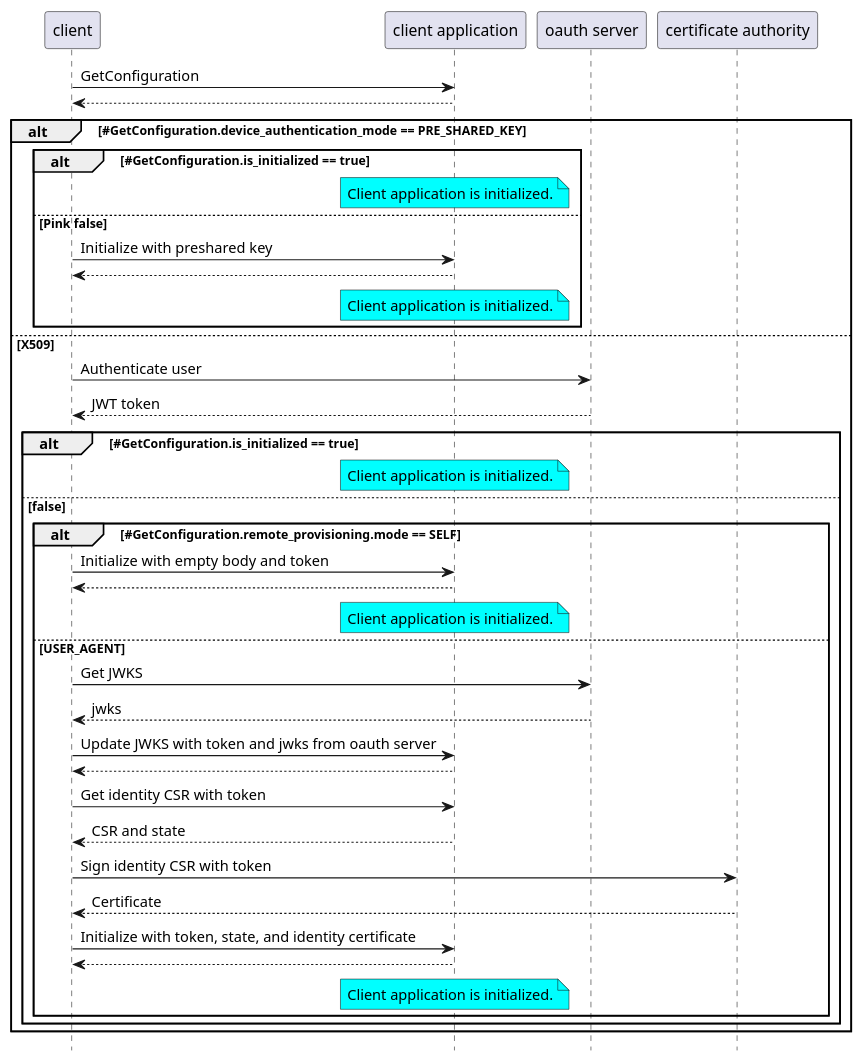
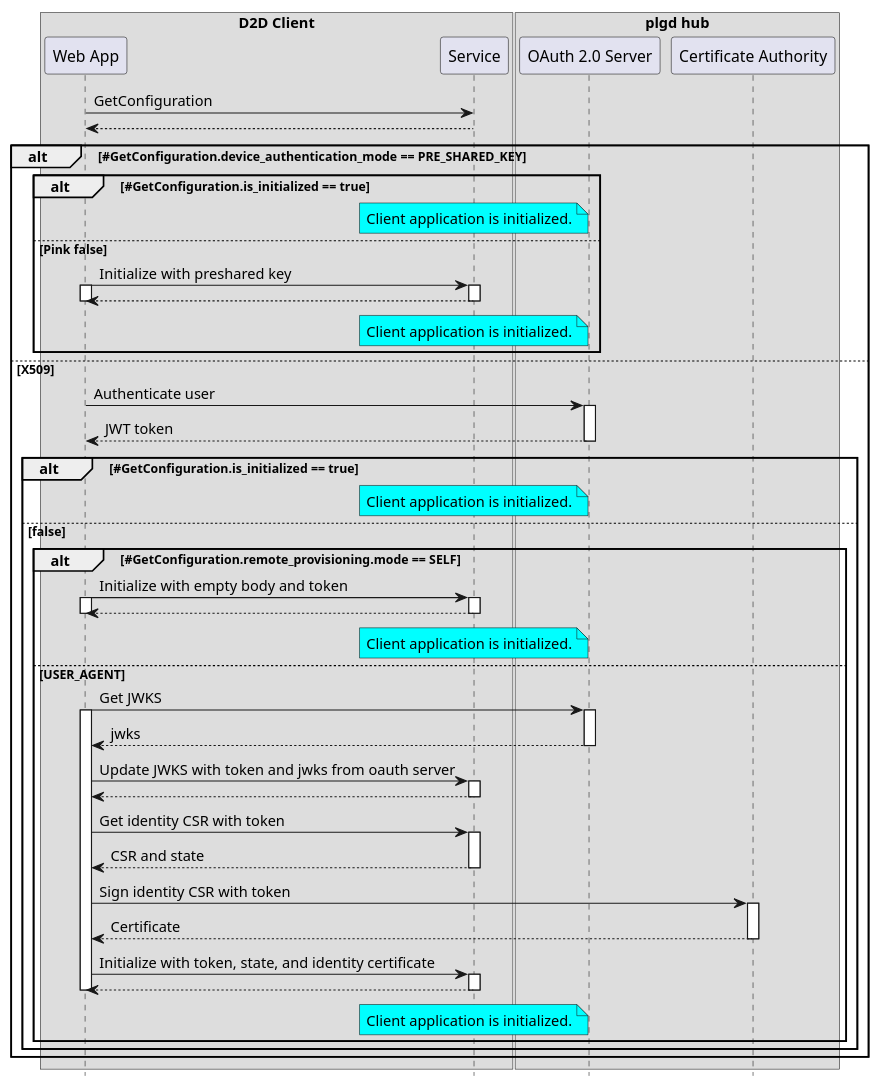
One commit to plgd-dev/client-application changed the diagram in initialize.plantuml. Above: the diagram before and after it, drawn with PlantUML. The commit also changed 10 other files, not shown here.

```diff
--- a/initialize.plantuml
+++ b/initialize.plantuml
@@ -1,55 +1,66 @@
 @startuml Sequence
 skinparam backgroundColor transparent
 hide footbox
 
-participant C as "client"
-participant S as "client application"
-participant O as "oauth server"
-participant CA as "certificate authority"
+box "D2D Client"
+participant C as "Web App"
+participant S as "Service"
+end box
+
+box "plgd hub"
+participant O as "OAuth 2.0 Server"
+participant CA as "Certificate Authority"
+end box
 
 C -> S: GetConfiguration
 return
 alt #GetConfiguration.device_authentication_mode == PRE_SHARED_KEY
   alt #GetConfiguration.is_initialized == true
       note over S #aqua
       Client application is initialized.
       end note
   else Pink false
-      C -> S: Initialize with preshared key
+      C -> S ++: Initialize with preshared key
+      activate C
       return
       note over S #aqua
       Client application is initialized.
       end note
+      deactivate C
   end
 else X509
-    C -> O: Authenticate user
+    C -> O ++: Authenticate user
     return JWT token 
     alt #GetConfiguration.is_initialized == true
       note over S #aqua
       Client application is initialized.
     end note
     else false
         alt #GetConfiguration.remote_provisioning.mode == SELF
-          C -> S: Initialize with empty body and token
+          C -> S ++: Initialize with empty body and token
+          activate C
           return
           note over S #aqua
           Client application is initialized.
           end note
+          deactivate C
         else USER_AGENT
-          C -> O: Get JWKS
+          C -> O ++: Get JWKS
+          activate C
           return jwks
-          C -> S: Update JWKS with token and jwks from oauth server
+          C -> S ++: Update JWKS with token and jwks from oauth server
           return
-          C -> S: Get identity CSR with token
+          C -> S ++: Get identity CSR with token
           return CSR and state
-          C-> CA: Sign identity CSR with token
+          C-> CA ++: Sign identity CSR with token
           return Certificate
-          C -> S: Initialize with token, state, and identity certificate
+          C -> S ++: Initialize with token, state, and identity certificate
           return
           note over S #aqua
           Client application is initialized.
           end note
+          deactivate C
         end
     end
 end
 @enduml
```
